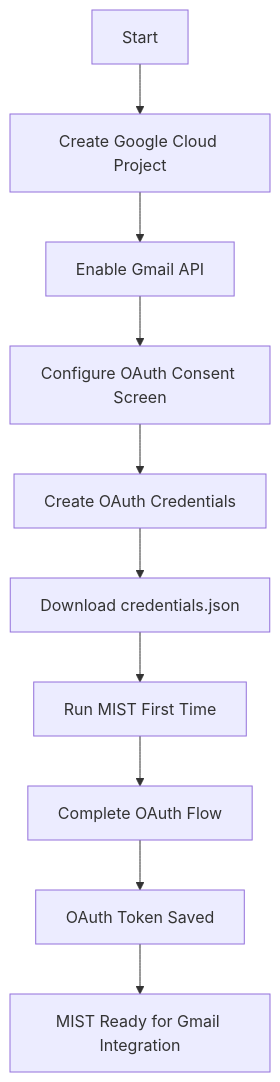
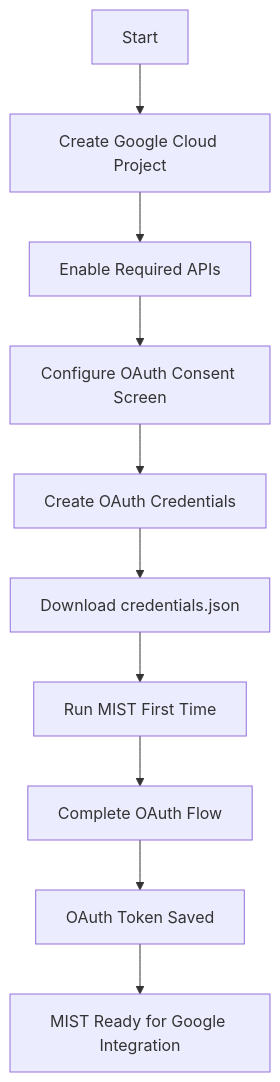
One commit to CLoaKY233/MIST changed the third of 3 diagrams in README.md. Above: the diagram before and after it, drawn with Mermaid. The commit also changed other lines of this file and 15 other files, not shown here.

````diff
--- a/README.md
+++ b/README.md
@@ -179,12 +166,12 @@
 ```mermaid
 flowchart TD
     A[Start] --> B[Create Google Cloud Project]
-    B --> C[Enable Gmail API]
+    B --> C[Enable Required APIs]
     C --> D[Configure OAuth Consent Screen]
     D --> E[Create OAuth Credentials]
     E --> F[Download credentials.json]
     F --> G[Run MIST First Time]
     G --> H[Complete OAuth Flow]
     H --> I[OAuth Token Saved]
-    I --> J[MIST Ready for Gmail Integration]
+    I --> J[MIST Ready for Google Integration]
 ```
````
